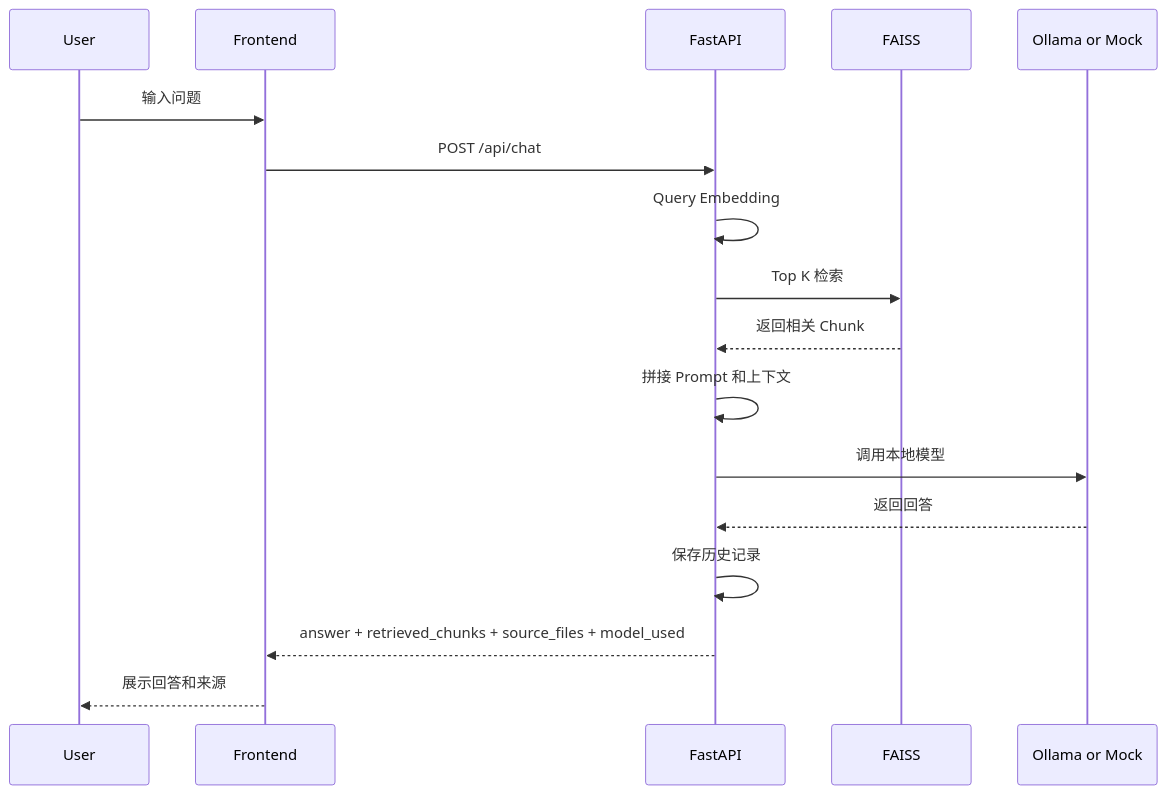
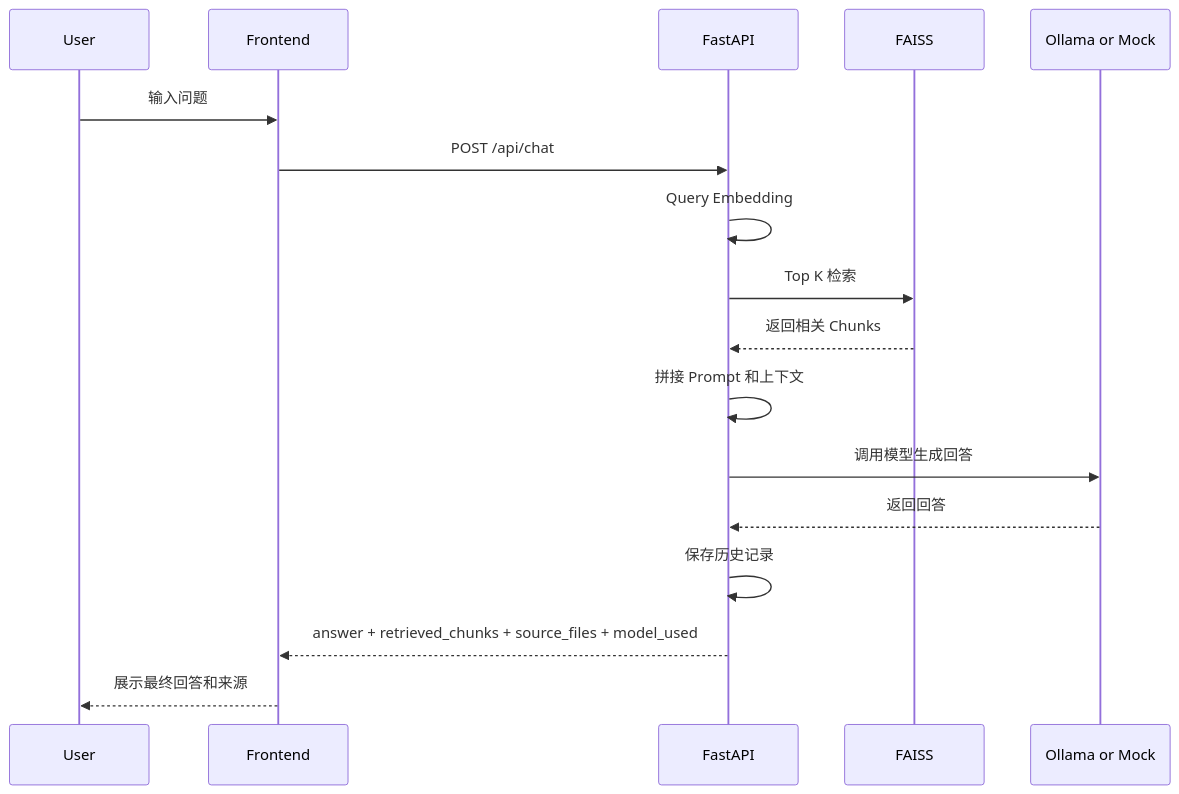
Before and after one commit to free410/enterprise-rag-copilot: the fourth of 4 diagrams in README.md, drawn with Mermaid. The commit also changed other lines of this file and 8 other files, not shown here.

Commit message:
docs: refresh readme with screenshots and diagrams

````diff
--- a/README.md
+++ b/README.md
@@ -85,20 +152,20 @@
 ```mermaid
 sequenceDiagram
     participant U as User
     participant F as Frontend
     participant B as FastAPI
     participant V as FAISS
     participant M as Ollama or Mock
 
     U->>F: 输入问题
     F->>B: POST /api/chat
     B->>B: Query Embedding
     B->>V: Top K 检索
-    V-->>B: 返回相关 Chunk
+    V-->>B: 返回相关 Chunks
     B->>B: 拼接 Prompt 和上下文
-    B->>M: 调用本地模型
+    B->>M: 调用模型生成回答
     M-->>B: 返回回答
     B->>B: 保存历史记录
     B-->>F: answer + retrieved_chunks + source_files + model_used
-    F-->>U: 展示回答和来源
+    F-->>U: 展示最终回答和来源
 ```
````
